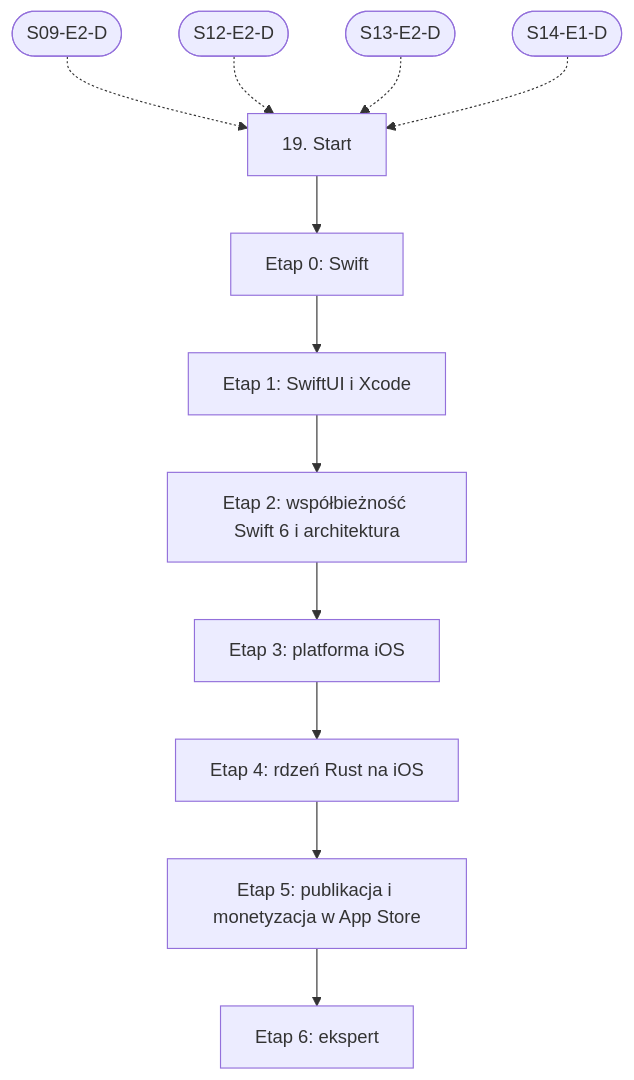
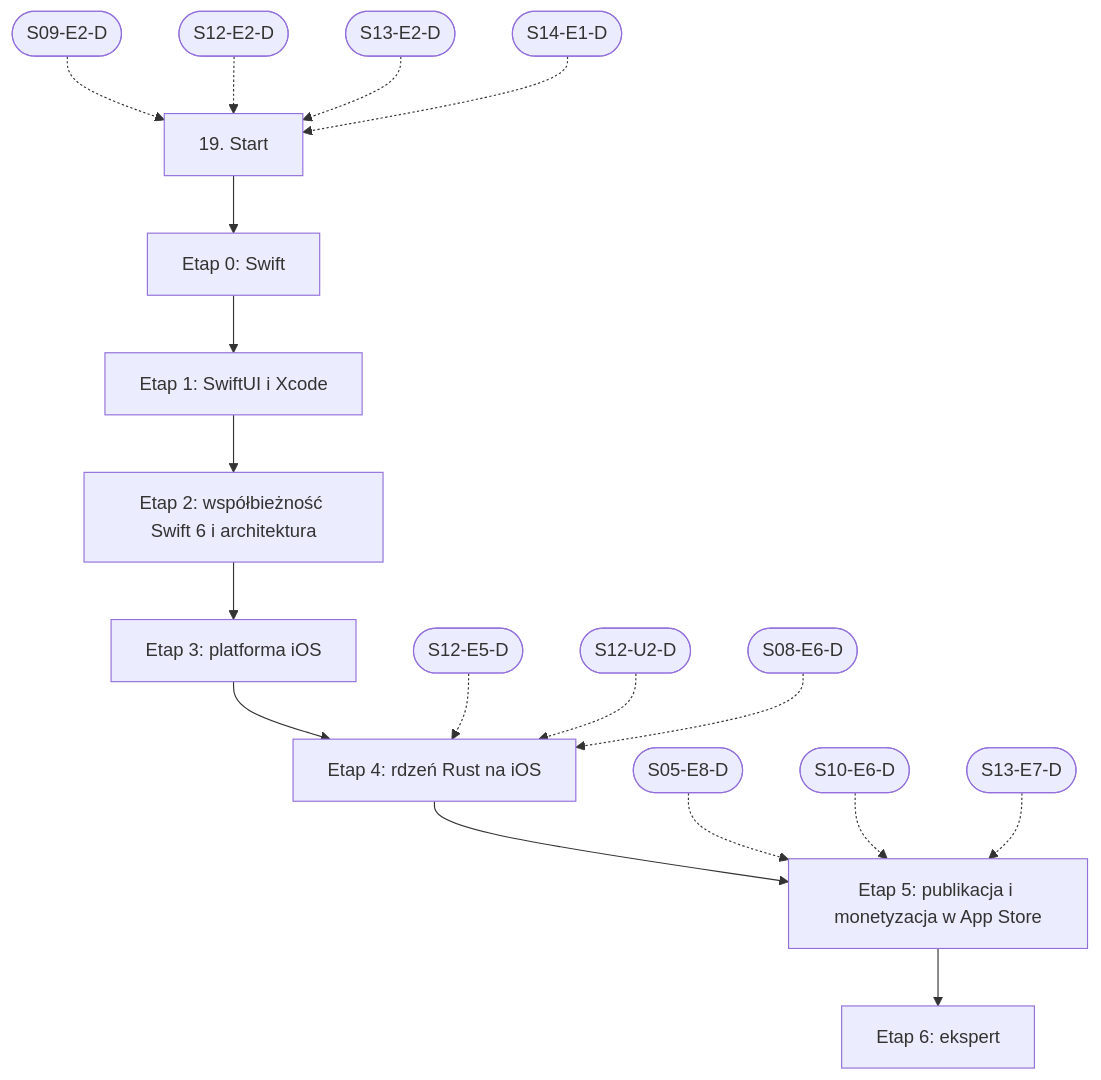
The diagram in linear/19-ios.md (danjarosz/software-development-learning-path), drawn with Mermaid before and after one commit. The commit also changed other lines of this file and 65 other files, not shown here.

First line of the commit message:
feat: popraw ścieżki nauki po przeglądzie i dodaj NestJS, FastAPI i GraphQL

````diff
--- a/linear/19-ios.md
+++ b/linear/19-ios.md
@@ -91,22 +87,28 @@
 ```mermaid
 flowchart TD
   START["19. Start"]
   E0["Etap 0: Swift"]
   E1["Etap 1: SwiftUI i Xcode"]
   E2["Etap 2: współbieżność Swift 6 i architektura"]
   E3["Etap 3: platforma iOS"]
   E4["Etap 4: rdzeń Rust na iOS"]
   E5["Etap 5: publikacja i monetyzacja w App Store"]
   E6["Etap 6: ekspert"]
   START --> E0
   E0 --> E1
   E1 --> E2
   E2 --> E3
   E3 --> E4
+  XS12E5D(["S12-E5-D"]) -.-> E4
+  XS12U2D(["S12-U2-D"]) -.-> E4
+  XS08E6D(["S08-E6-D"]) -.-> E4
   E4 --> E5
+  XS05E8D(["S05-E8-D"]) -.-> E5
+  XS10E6D(["S10-E6-D"]) -.-> E5
+  XS13E7D(["S13-E7-D"]) -.-> E5
   E5 --> E6
   XS09E2D(["S09-E2-D"]) -.-> START
   XS12E2D(["S12-E2-D"]) -.-> START
   XS13E2D(["S13-E2-D"]) -.-> START
   XS14E1D(["S14-E1-D"]) -.-> START
 ```
````
